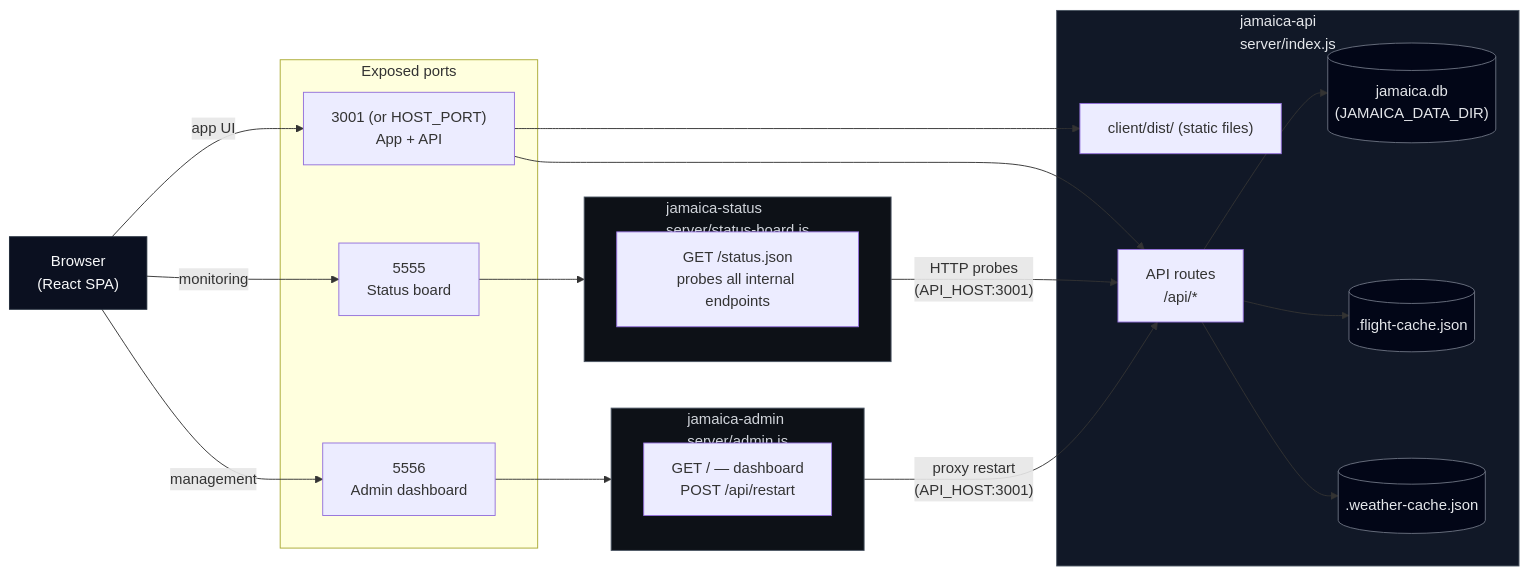
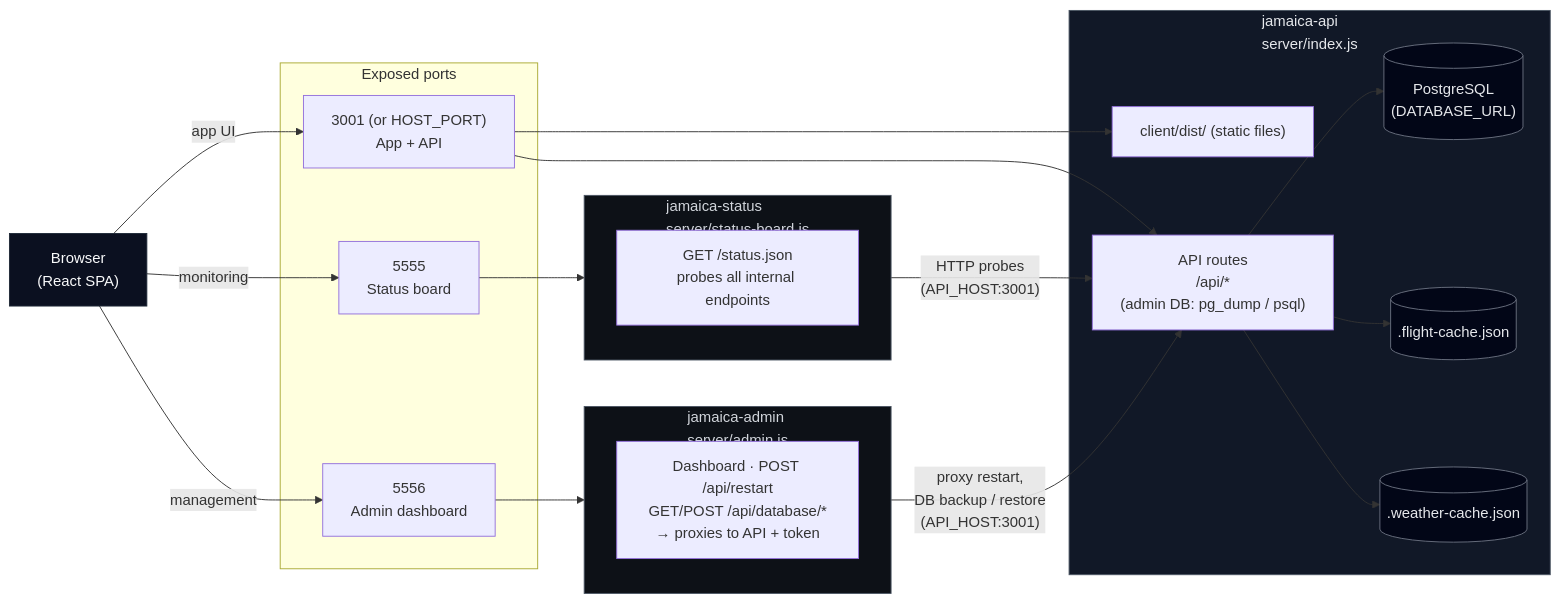
One commit to becomeonewiththecode/jamaica-parish-explorer changed the third of 4 diagrams in docs/BUILD-PROCESS-DIAGRAM.md. Above: the diagram before and after it, drawn with Mermaid. The commit also changed other lines of this file and 54 other files, not shown here.

First line of the commit message:
feat: PostgreSQL backend, admin DB backup/restore, compose bind mounts

````diff
--- a/docs/BUILD-PROCESS-DIAGRAM.md
+++ b/docs/BUILD-PROCESS-DIAGRAM.md
@@ -98,52 +103,52 @@
 ```mermaid
 flowchart LR
   Browser["Browser\n(React SPA)"]
 
   subgraph Ports["Exposed ports"]
     P3001["3001 (or HOST_PORT)\nApp + API"]
     P5555["5555\nStatus board"]
     P5556["5556\nAdmin dashboard"]
   end
 
   subgraph API["jamaica-api\nserver/index.js"]
     Static["client/dist/ (static files)"]
-    Routes["API routes\n/api/*"]
-    DB[("jamaica.db\n(JAMAICA_DATA_DIR)")]
+    Routes["API routes\n/api/*\n(admin DB: pg_dump / psql)"]
+    DB[("PostgreSQL\n(DATABASE_URL)")]
     FC[(".flight-cache.json")]
     WC[(".weather-cache.json")]
   end
 
   subgraph Status["jamaica-status\nserver/status-board.js"]
     SJ["GET /status.json\nprobes all internal endpoints"]
   end
 
   subgraph Admin["jamaica-admin\nserver/admin.js"]
-    AH["GET / — dashboard\nPOST /api/restart"]
+    AH["Dashboard · POST /api/restart\nGET/POST /api/database/*\n→ proxies to API + token"]
   end
 
   Browser -->|"app UI"| P3001
   Browser -->|"monitoring"| P5555
   Browser -->|"management"| P5556
 
   P3001 --> Static
   P3001 --> Routes
   P5555 --> Status
   P5556 --> Admin
 
   Routes --> DB
   Routes --> FC
   Routes --> WC
 
   Status -->|"HTTP probes\n(API_HOST:3001)"| Routes
-  Admin -->|"proxy restart\n(API_HOST:3001)"| Routes
+  Admin -->|"proxy restart,\nDB backup / restore\n(API_HOST:3001)"| Routes
 
   classDef browser fill:#0b1020,stroke:#1f2937,color:#f9fafb;
   classDef api fill:#111827,stroke:#4b5563,color:#e5e7eb;
   classDef sidecar fill:#0d1117,stroke:#4b5563,color:#d1d5db;
   classDef data fill:#020617,stroke:#6b7280,color:#e5e7eb;
 
   class Browser browser;
   class API api;
   class Status,Admin sidecar;
   class DB,FC,WC data;
 ```
````
